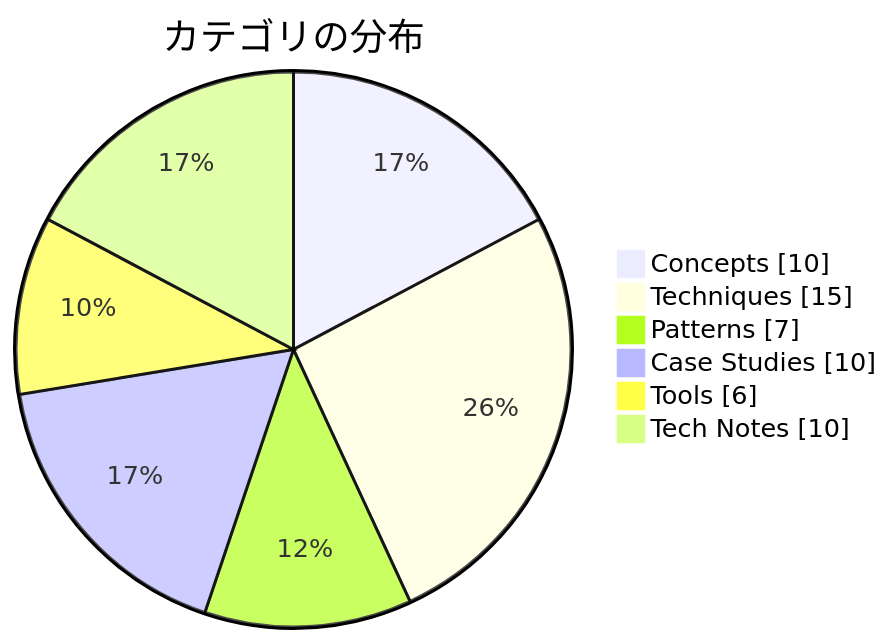
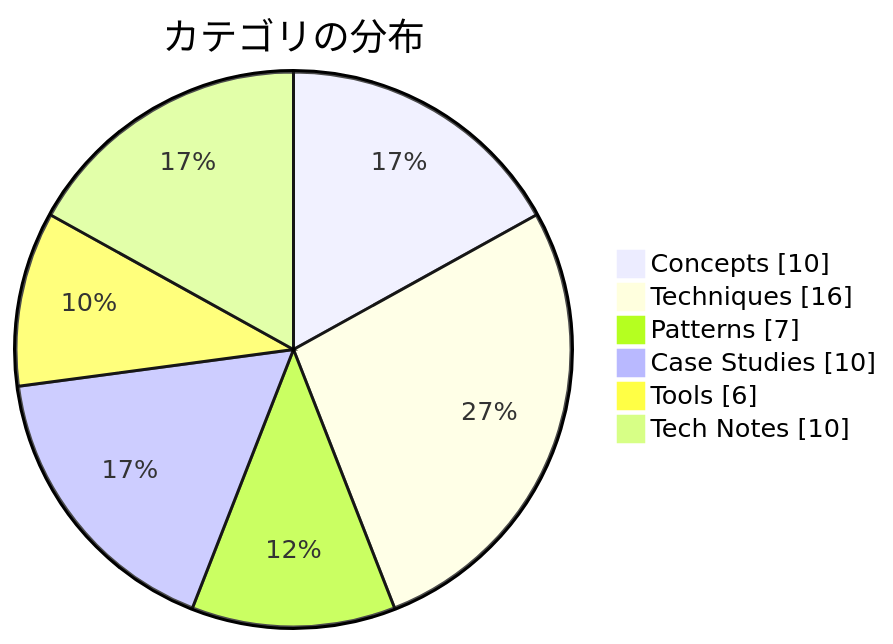
One commit to dinekt/dinekt-wiki changed the second of 2 diagrams in docs/index.md. Above: the diagram before and after it, drawn with Mermaid. The commit also changed other lines of this file and 7 other files, not shown here.

````diff
--- a/docs/index.md
+++ b/docs/index.md
@@ -37,9 +37,9 @@
 ```mermaid
 pie showData title カテゴリの分布
     "Concepts" : 10
-    "Techniques" : 15
+    "Techniques" : 16
     "Patterns" : 7
     "Case Studies" : 10
     "Tools" : 6
     "Tech Notes" : 10
 ```
````
